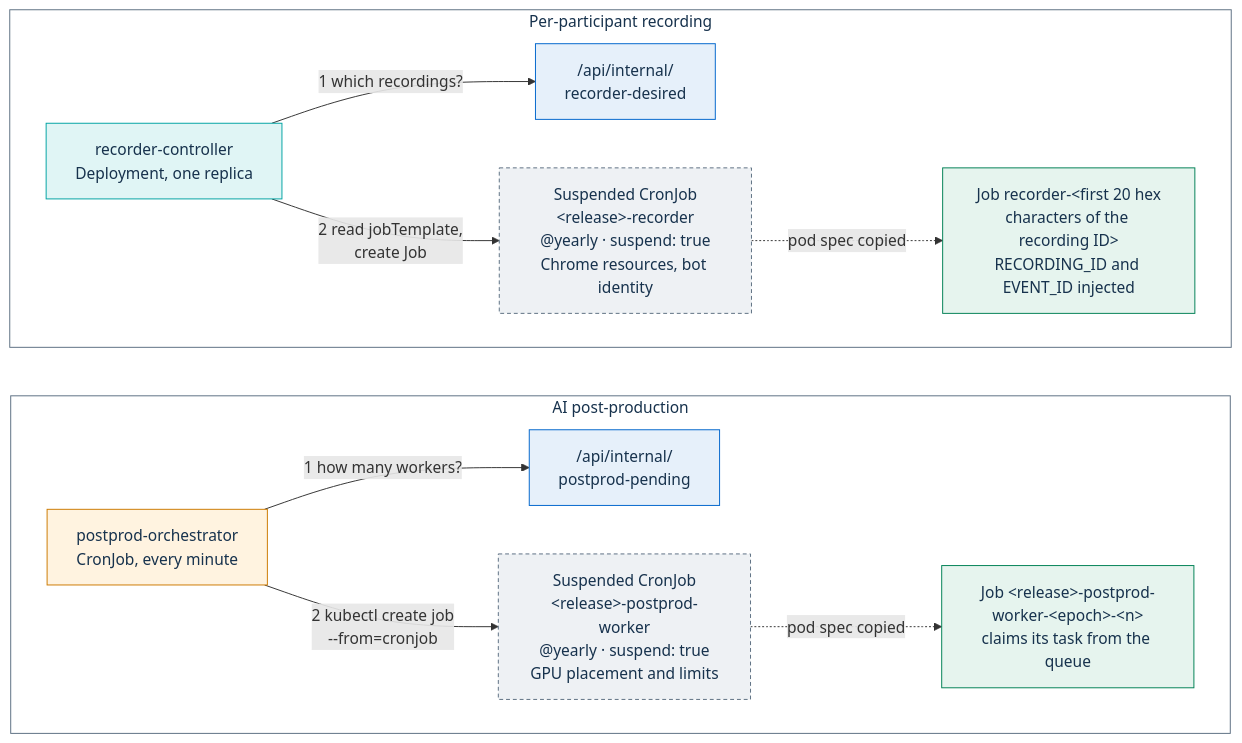
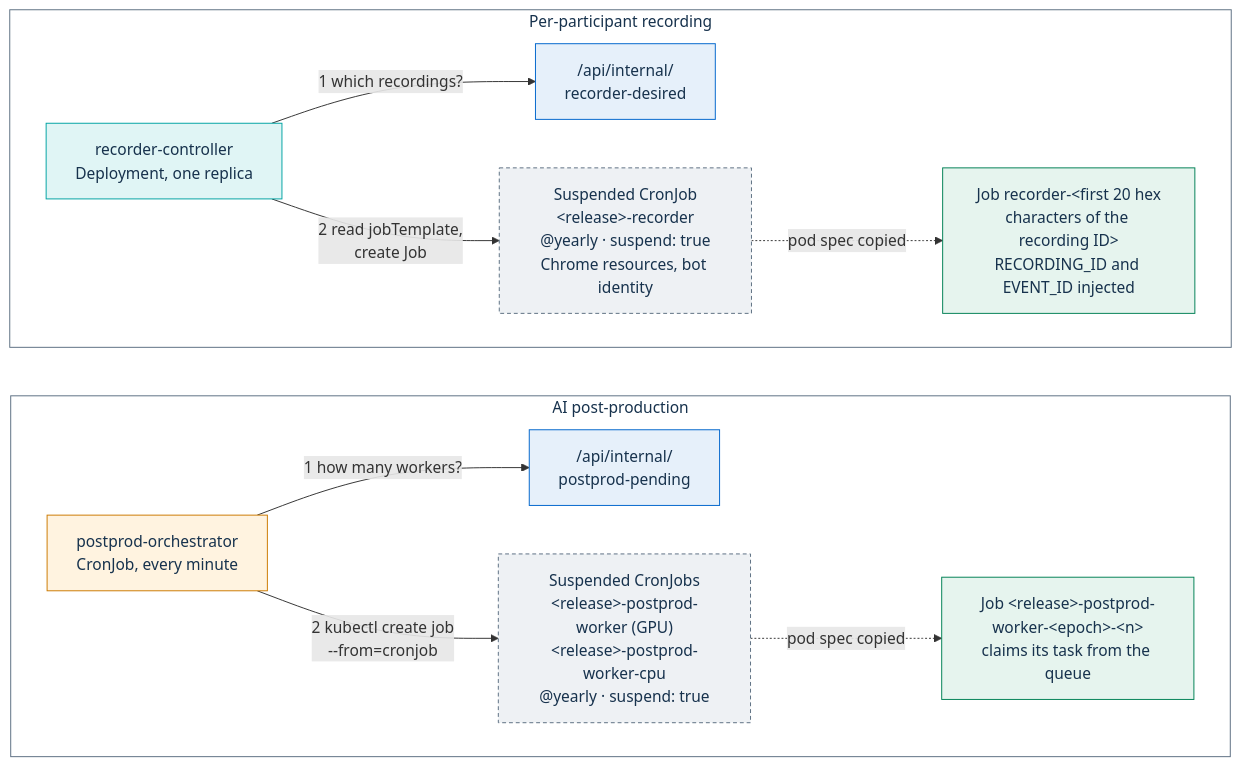
Before and after one commit to italia/pa-webinar: the third of 3 diagrams in docs/architecture/background-jobs.md, drawn with Mermaid. The commit also changed other lines of this file and 13 other files, not shown here.

First line of the commit message:
feat(postprod): sintesi, traduzioni e archivio su un worker senza GPU

````diff
--- a/docs/architecture/background-jobs.md
+++ b/docs/architecture/background-jobs.md
@@ -262,32 +262,32 @@
 ```mermaid
 flowchart LR
   subgraph AI["AI post-production"]
     direction LR
     ORCH["postprod-orchestrator<br/>CronJob, every minute"]:::job
     PP["/api/internal/<br/>postprod-pending"]:::portal
-    TW["Suspended CronJob<br/>&lt;release&gt;-postprod-worker<br/>@yearly · suspend: true<br/>GPU placement and limits"]:::tpl
+    TW["Suspended CronJobs<br/>&lt;release&gt;-postprod-worker (GPU)<br/>&lt;release&gt;-postprod-worker-cpu<br/>@yearly · suspend: true"]:::tpl
     JW["Job &lt;release&gt;-postprod-worker-&lt;epoch&gt;-&lt;n&gt;<br/>claims its task from the queue"]:::run
     ORCH -->|"1 how many workers?"| PP
     ORCH -->|"2 kubectl create job<br/>--from=cronjob"| TW
     TW -.->|"pod spec copied"| JW
   end
 
   subgraph REC["Per-participant recording"]
     direction LR
     CTRL["recorder-controller<br/>Deployment, one replica"]:::ctrl
     RD["/api/internal/<br/>recorder-desired"]:::portal
     TR["Suspended CronJob<br/>&lt;release&gt;-recorder<br/>@yearly · suspend: true<br/>Chrome resources, bot identity"]:::tpl
     JR["Job recorder-&lt;first 20 hex<br/>characters of the recording ID&gt;<br/>RECORDING_ID and EVENT_ID injected"]:::run
     CTRL -->|"1 which recordings?"| RD
     CTRL -->|"2 read jobTemplate,<br/>create Job"| TR
     TR -.->|"pod spec copied"| JR
   end
 
   classDef tpl fill:#EEF1F4,stroke:#5C6F82,color:#17324D,stroke-dasharray:4 3
   classDef job fill:#FFF3E0,stroke:#CC7A00,color:#17324D
   classDef ctrl fill:#E0F5F5,stroke:#00A3A3,color:#17324D
   classDef portal fill:#E6F0FA,stroke:#0066CC,color:#17324D
   classDef run fill:#E6F4EE,stroke:#008055,color:#17324D
   style AI fill:#FFFFFF,stroke:#5C6F82,color:#17324D
   style REC fill:#FFFFFF,stroke:#5C6F82,color:#17324D
 ```
````
